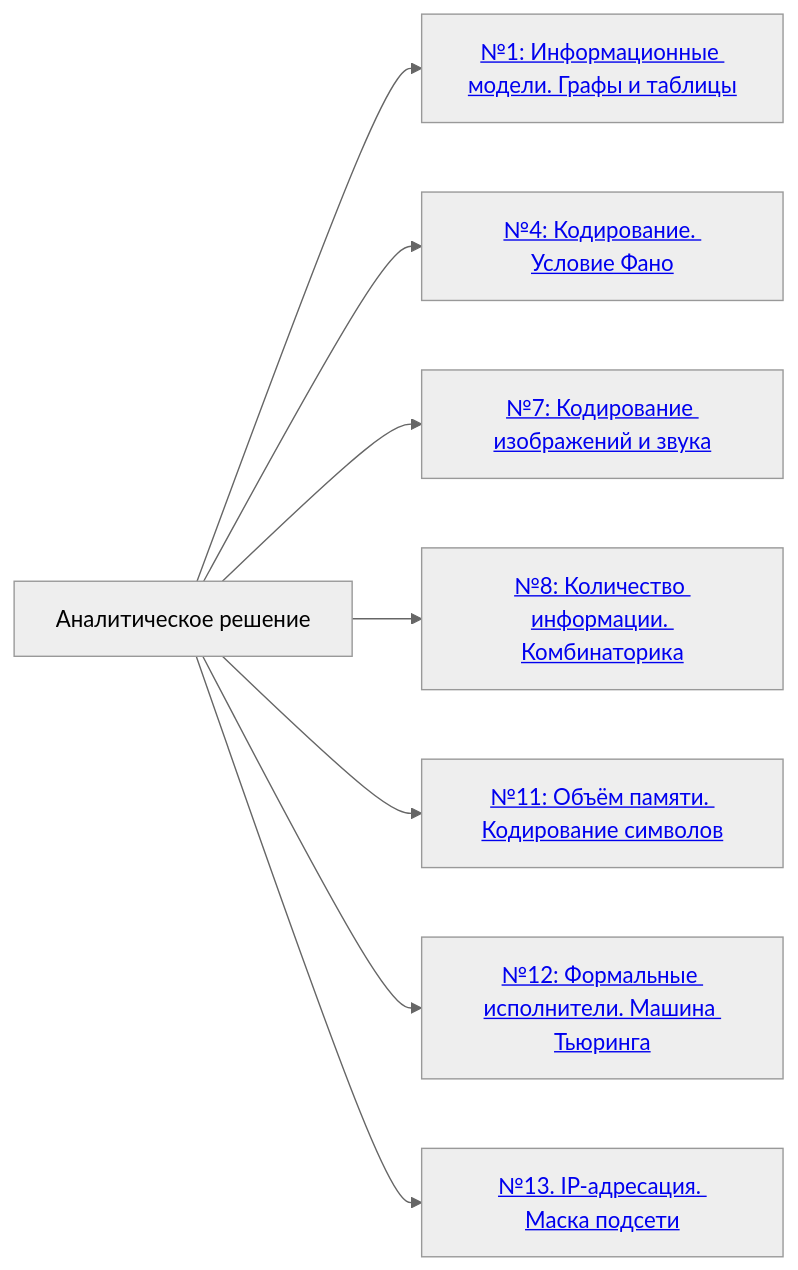
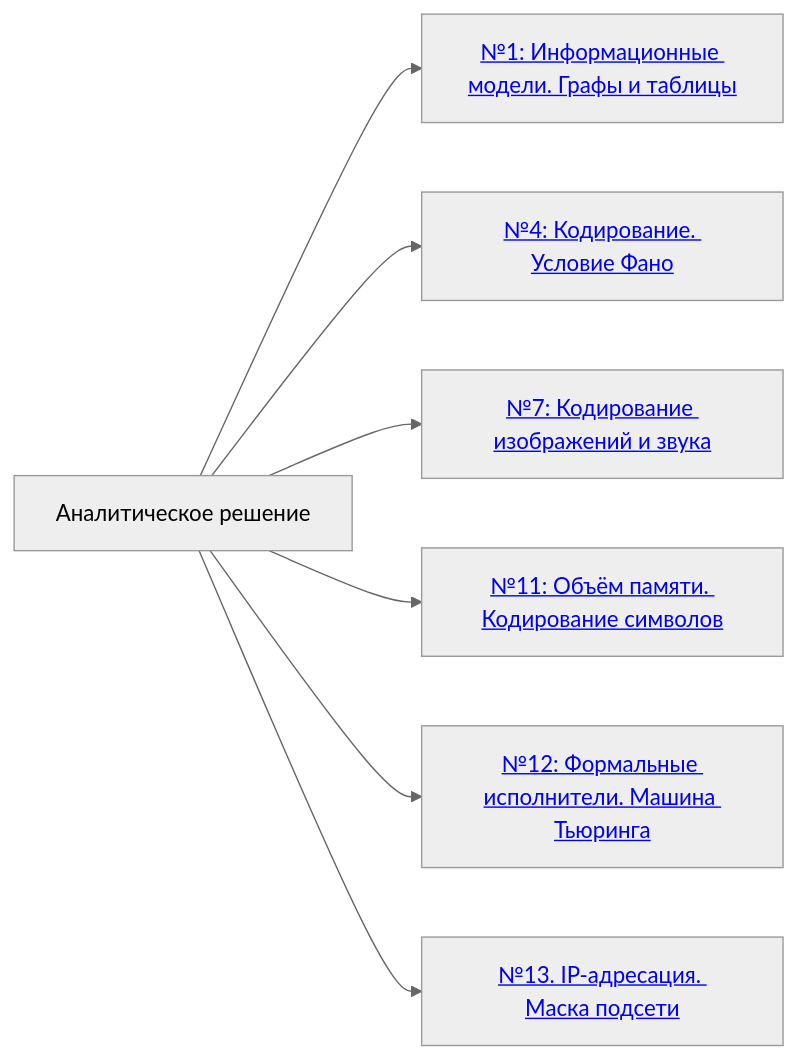
The first of 6 diagrams in README.md (scharfff/spbpu-inf-course), drawn with Mermaid (neutral theme) before and after one commit. The commit also changed other lines of this file, not shown here.

````diff
--- a/README.md
+++ b/README.md
@@ -78,19 +78,17 @@
 ```mermaid
 flowchart LR
   T1["Аналитическое решение"]
   T1 --> T1a["<a href='https://github.com/scharfff/spbpu-inf-course/tree/2027/Задание_1_Графы_и_таблицы'>№1: Информационные модели. Графы и таблицы</a>"]
   T1 --> T1b["<a href='https://github.com/scharfff/spbpu-inf-course/tree/2027/Задание_4_Кодирование_Фано'>№4: Кодирование. Условие Фано</a>"]
   T1 --> T1c["<a href='https://github.com/scharfff/spbpu-inf-course/tree/2027/Задание_7_Кодирование_информации'>№7: Кодирование изображений и звука</a>"]
-  T1 --> T1d["<a href='https://github.com/scharfff/spbpu-inf-course/tree/2027/Задание_8_Комбинаторика'>№8: Количество информации. Комбинаторика</a>"]
   T1 --> T1f["<a href='https://github.com/scharfff/spbpu-inf-course/tree/2027/Задание_11_Объем_памяти_кодирование'>№11: Объём памяти. Кодирование символов</a>"]
   T1 --> T1g["<a href='https://github.com/scharfff/spbpu-inf-course/tree/2027/Задание_12_Машина_Тьюринга'>№12: Формальные исполнители. Машина Тьюринга</a>"]
   T1 --> T1h["<a href='https://github.com/scharfff/spbpu-inf-course/tree/2027/Задание_13_IP_адресация'>№13. IP-адресация. Маска подсети</a>"]
 
   click T1a "https://github.com/scharfff/spbpu-inf-course/tree/2027/Задание_1_Графы_и_таблицы"
   click T1b "https://github.com/scharfff/spbpu-inf-course/tree/2027/Задание_4_Кодирование_Фано"
   click T1c "https://github.com/scharfff/spbpu-inf-course/tree/2027/Задание_7_Кодирование_информации"
-  click T1d "https://github.com/scharfff/spbpu-inf-course/tree/2027/Задание_8_Комбинаторика"
   click T1f "https://github.com/scharfff/spbpu-inf-course/tree/2027/Задание_11_Объем_памяти_кодирование"
   click T1g "https://github.com/scharfff/spbpu-inf-course/tree/2027/Задание_12_Машина_Тьюринга"
   click T1h "https://github.com/scharfff/spbpu-inf-course/tree/2027/Задание_13_IP_адресация"
 ```
````
